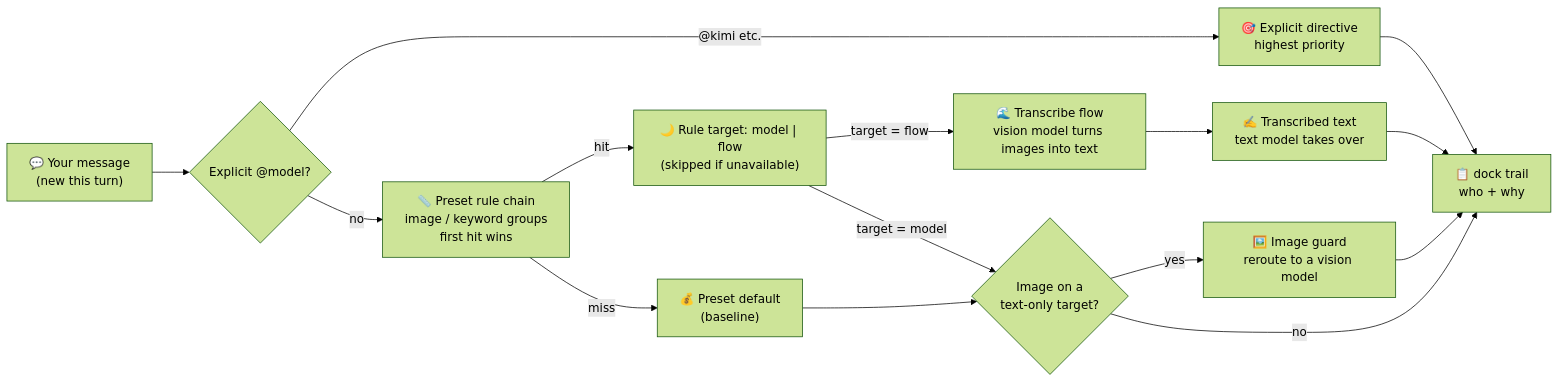
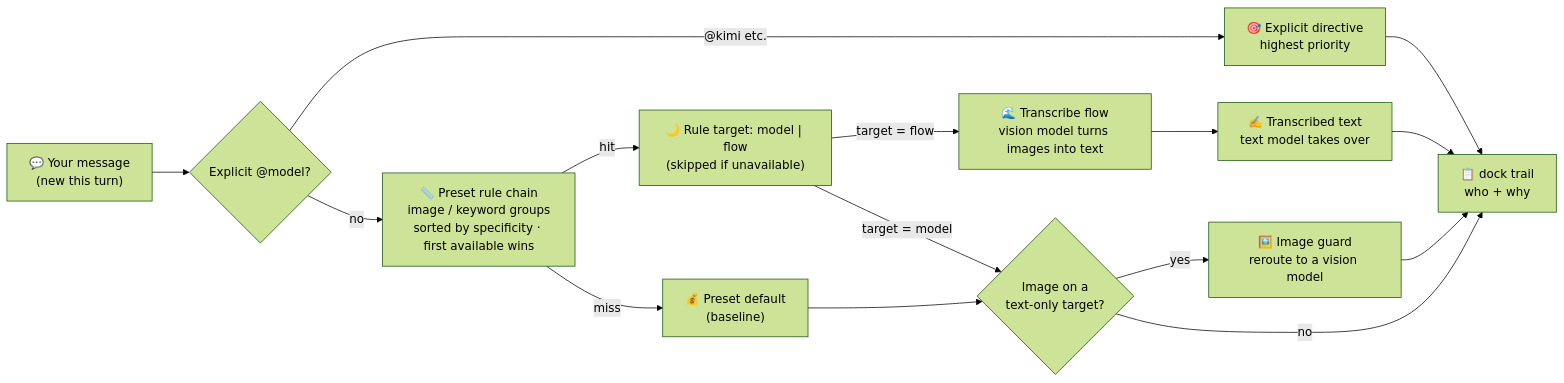
The diagram in README.en.md (tafcear/kimi-tide), drawn with Mermaid (forest theme) before and after one commit. The commit also changed other lines of this file and 5 other files, not shown here.

Commit message:
fix(settings): Q2 页签不再藏错误横幅与已保存提示（trial 行补 :not(.kt-error):not(.kt-saved)、flows 行补 :not(.kt-saved)——role=status 被 display:none 后保存静默无播报）+ Q4 README 双语措辞纠偏（首条命中→特异度降序·首条可用）；597/597 绿 + readme-sync 通过

````diff
--- a/README.en.md
+++ b/README.en.md
@@ -55,17 +55,17 @@
 ```mermaid
 flowchart LR
     A["💬 Your message<br>(new this turn)"] --> B{"Explicit @model?"}
     B -- "@kimi etc." --> H["🎯 Explicit directive<br>highest priority"]
-    B -- no --> C["📏 Preset rule chain<br>image / keyword groups<br>first hit wins"]
+    B -- no --> C["📏 Preset rule chain<br>image / keyword groups<br>sorted by specificity · first available wins"]
     C -- hit --> D["🌙 Rule target: model | flow<br>(skipped if unavailable)"]
     C -- miss --> E["💰 Preset default<br>(baseline)"]
     H --> J
     D -- "target = flow" --> T["🌊 Transcribe flow<br>vision model turns images into text"]
     D -- "target = model" --> F
     E --> F{"Image on a<br>text-only target?"}
     T --> K["✍️ Transcribed text<br>text model takes over"]
     F -- yes --> G["🖼️ Image guard<br>reroute to a vision model"]
     F -- no --> J["📋 dock trail<br>who + why"]
     G --> J
     K --> J
 ```
````
